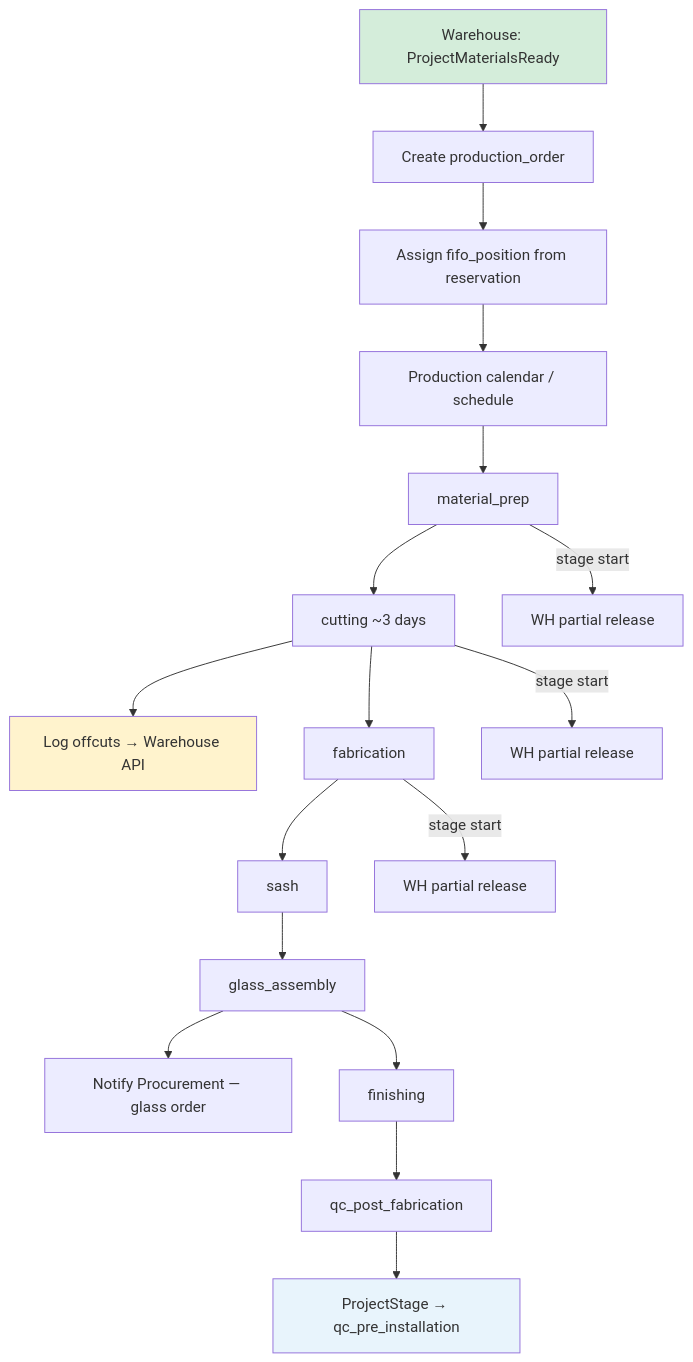
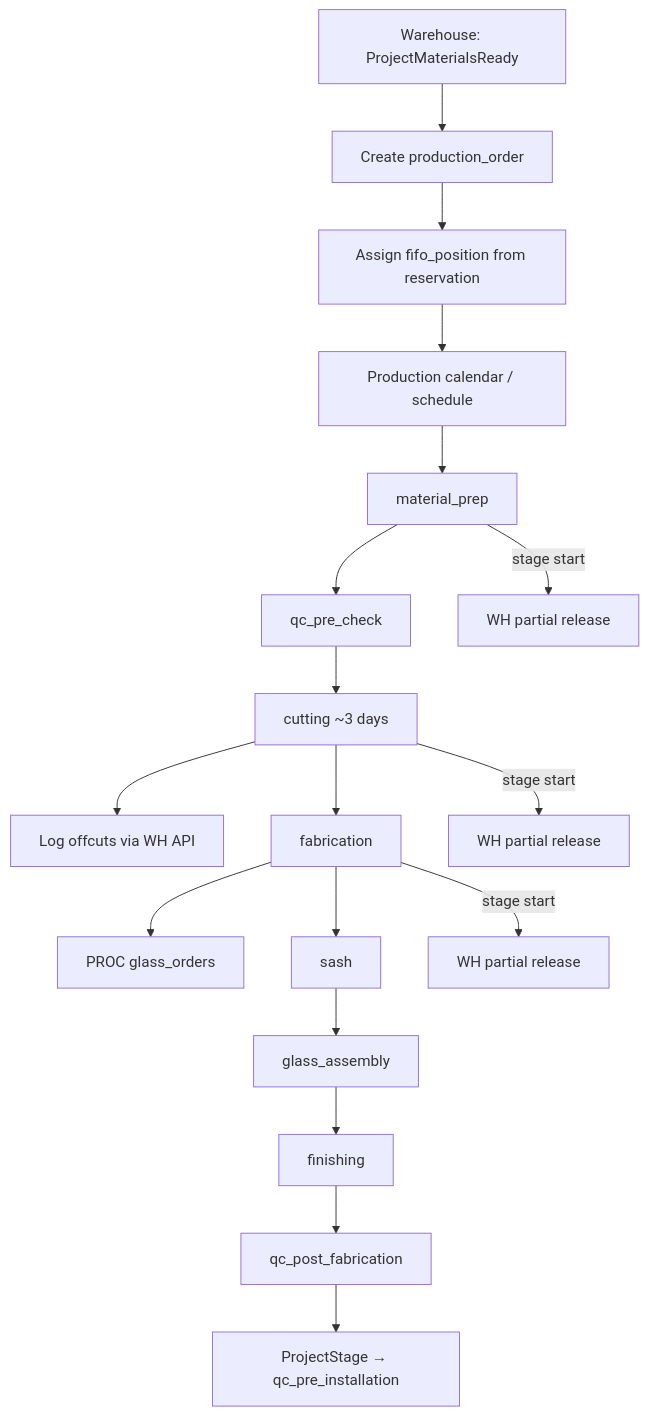
Before and after one commit to hassankirwa/BiboErm-Prod: the second of 4 diagrams in docs/PRODUCTION.MD, drawn with Mermaid. The commit also changed other lines of this file and 197 other files, not shown here.

First line of the commit message:
feat(integration): wire procurement and warehouse across backend and frontend

````diff
--- a/docs/PRODUCTION.MD
+++ b/docs/PRODUCTION.MD
@@ -54,25 +113,22 @@
 ```mermaid
 flowchart TD
     WH[Warehouse: ProjectMaterialsReady] --> PO[Create production_order]
     PO --> FIFO[Assign fifo_position from reservation]
     FIFO --> CAL[Production calendar / schedule]
 
     CAL --> MP[material_prep]
-    MP --> CUT[cutting ~3 days]
-    CUT --> OFF[Log offcuts → Warehouse API]
+    MP --> QCP[qc_pre_check]
+    QCP --> CUT[cutting ~3 days]
+    CUT --> OFF[Log offcuts via WH API]
     CUT --> FAB[fabrication]
+    FAB --> GLASS_PROC[PROC glass_orders]
     FAB --> SASH[sash]
     SASH --> GLASS[glass_assembly]
-    GLASS --> PROC[Notify Procurement — glass order]
     GLASS --> FIN[finishing]
     FIN --> QC[qc_post_fabrication]
     QC --> PM[ProjectStage → qc_pre_installation]
 
     MP -->|stage start| REL1[WH partial release]
     CUT -->|stage start| REL2[WH partial release]
     FAB -->|stage start| REL3[WH partial release]
-
-    style WH fill:#d4edda
-    style OFF fill:#fff3cd
-    style PM fill:#e8f4fc
 ```
````
